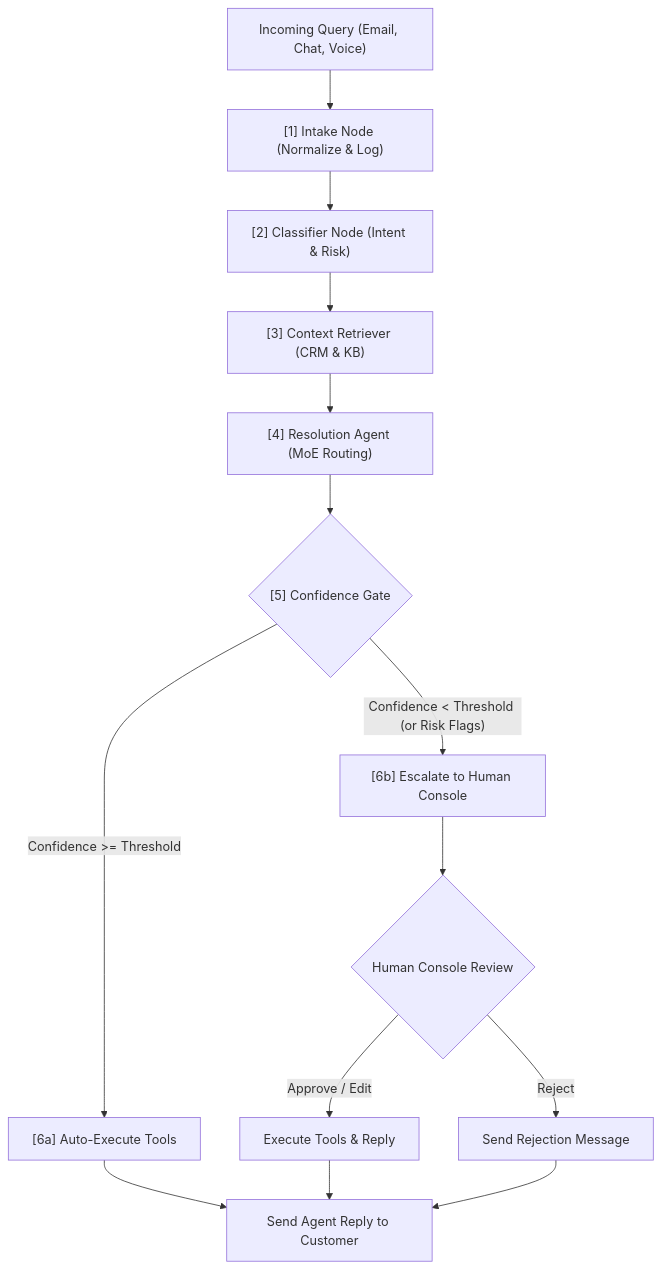
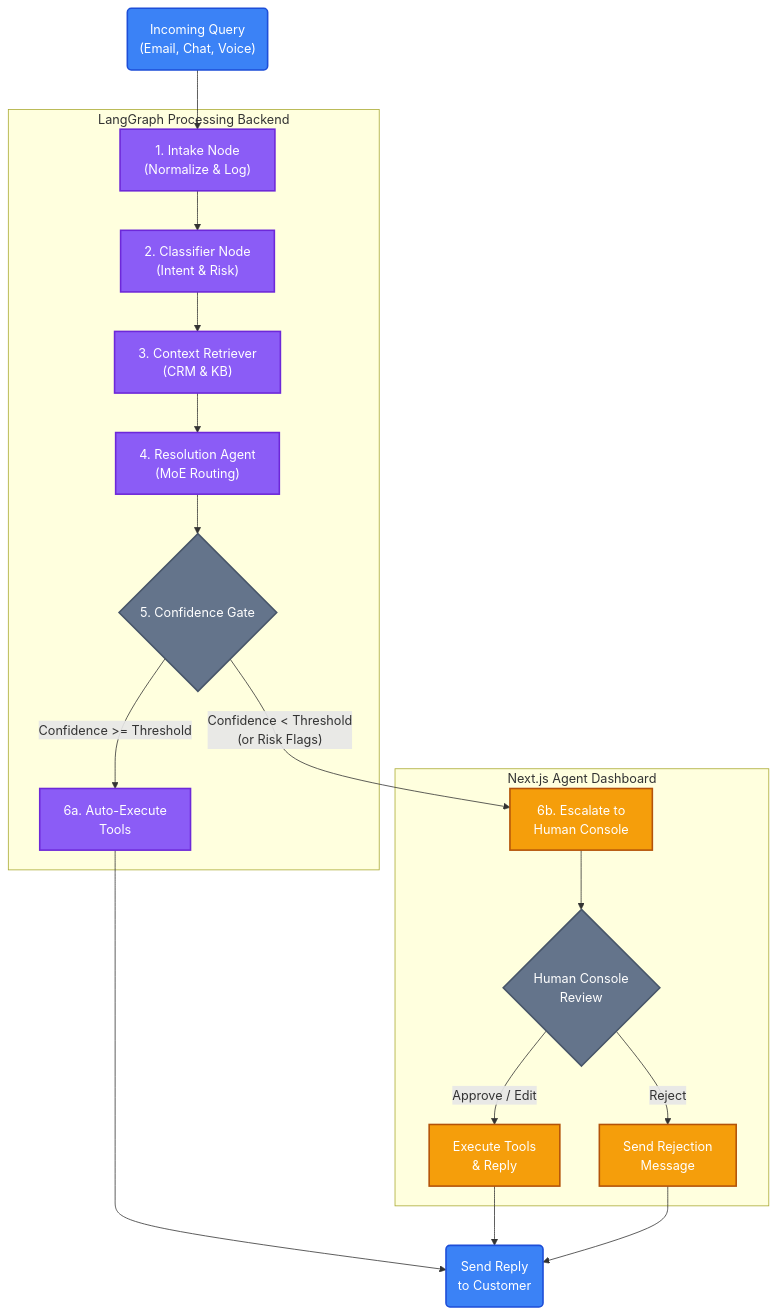
Before and after one commit to shashifr/ResolveAI: the diagram in README.md, drawn with Mermaid.

Commit message:
Refine architecture diagram

````diff
--- a/README.md
+++ b/README.md
@@ -18,27 +18,46 @@
 ```mermaid
 graph TD
-    %% Define Channels and Intake
-    Inbound["Incoming Query (Email, Chat, Voice)"] --> IntakeNode["[1] Intake Node (Normalize & Log)"]
-    IntakeNode --> ClassifierNode["[2] Classifier Node (Intent & Risk)"]
+    classDef client fill:#3b82f6,stroke:#1d4ed8,stroke-width:2px,color:#fff;
+    classDef aiNode fill:#8b5cf6,stroke:#6d28d9,stroke-width:2px,color:#fff;
+    classDef database fill:#10b981,stroke:#047857,stroke-width:2px,color:#fff;
+    classDef human fill:#f59e0b,stroke:#b45309,stroke-width:2px,color:#fff;
+    classDef decision fill:#64748b,stroke:#475569,stroke-width:2px,color:#fff;
+
+    Inbound("Incoming Query<br/>(Email, Chat, Voice)"):::client
+
+    subgraph LangGraph Pipeline [LangGraph Processing Backend]
+        IntakeNode["1. Intake Node<br/>(Normalize & Log)"]:::aiNode
+        ClassifierNode["2. Classifier Node<br/>(Intent & Risk)"]:::aiNode
+        ContextNode["3. Context Retriever<br/>(CRM & KB)"]:::aiNode
+        ResolutionNode["4. Resolution Agent<br/>(MoE Routing)"]:::aiNode
+        GatingNode{"5. Confidence Gate"}:::decision
+        AutoResolve["6a. Auto-Execute<br/>Tools"]:::aiNode
+    end
     
-    %% Context and Resolution
-    ClassifierNode --> ContextNode["[3] Context Retriever (CRM & KB)"]
-    ContextNode --> ResolutionNode["[4] Resolution Agent (MoE Routing)"]
+    subgraph Human Intervention [Next.js Agent Dashboard]
+        EscalateQueue["6b. Escalate to<br/>Human Console"]:::human
+        HumanReview{"Human Console<br/>Review"}:::decision
+        HumanExecute["Execute Tools<br/>& Reply"]:::human
+        Rejection["Send Rejection<br/>Message"]:::human
+    end
+
+    CustomerReply("Send Reply<br/>to Customer"):::client
+
+    %% Flow
+    Inbound --> IntakeNode
+    IntakeNode --> ClassifierNode
+    ClassifierNode --> ContextNode
+    ContextNode --> ResolutionNode
+    ResolutionNode --> GatingNode
     
-    %% Gating
-    ResolutionNode --> GatingNode{"[5] Confidence Gate"}
+    GatingNode -- "Confidence >= Threshold" --> AutoResolve
+    GatingNode -- "Confidence < Threshold<br/>(or Risk Flags)" --> EscalateQueue
     
-    %% Routing Decisions
-    GatingNode -- "Confidence >= Threshold" --> AutoResolve["[6a] Auto-Execute Tools"]
-    GatingNode -- "Confidence < Threshold (or Risk Flags)" --> EscalateQueue["[6b] Escalate to Human Console"]
+    EscalateQueue --> HumanReview
+    HumanReview -- "Approve / Edit" --> HumanExecute
+    HumanReview -- "Reject" --> Rejection
     
-    %% Human Action
-    EscalateQueue --> HumanReview{"Human Console Review"}
-    HumanReview -- "Approve / Edit" --> HumanExecute["Execute Tools & Reply"]
-    HumanReview -- "Reject" --> Rejection["Send Rejection Message"]
-    
-    %% Outputs
-    AutoResolve --> CustomerReply["Send Agent Reply to Customer"]
+    AutoResolve --> CustomerReply
     HumanExecute --> CustomerReply
     Rejection --> CustomerReply
 ```
````
